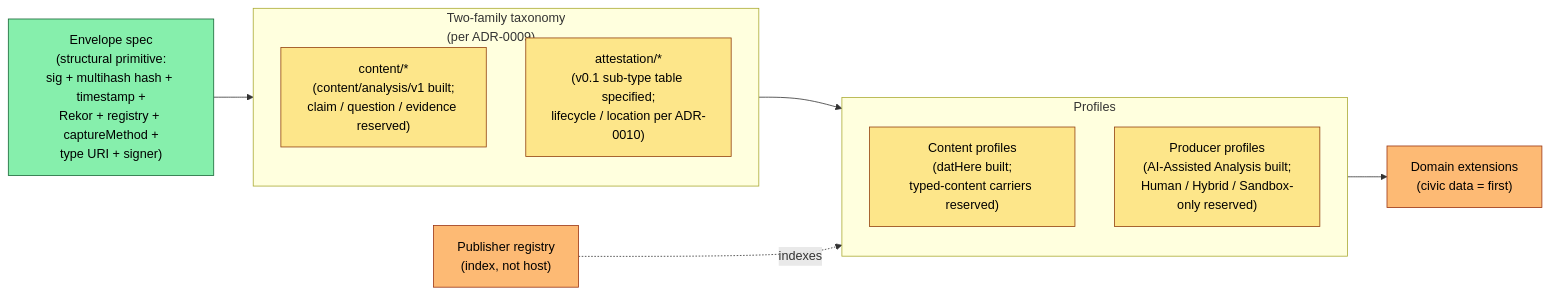
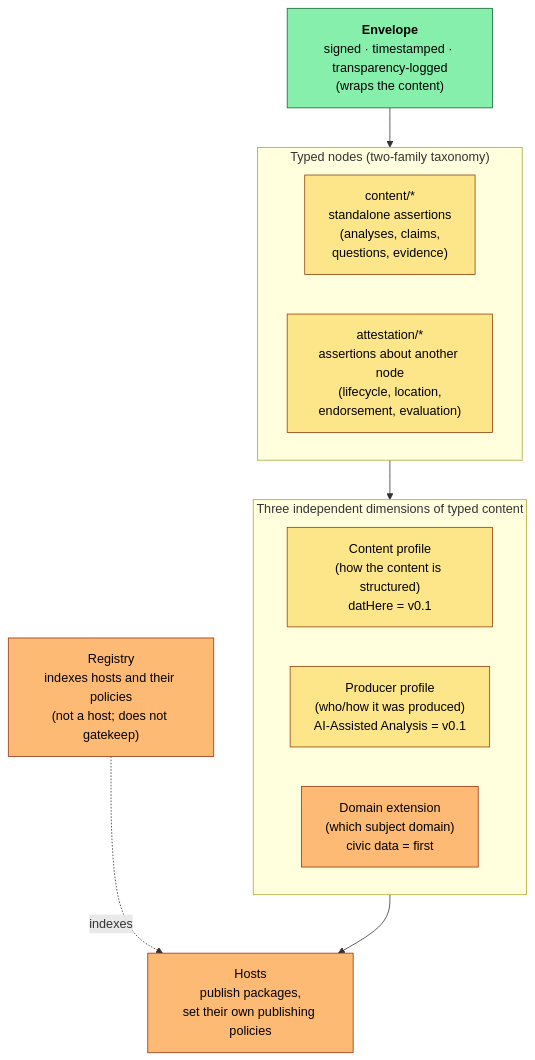
One commit to npstorey/civic-ai-tools changed the diagram in docs/architecture/typed-standards-summary.md. Above: the diagram before and after it, drawn with Mermaid. The commit also changed other lines of this file and 1 other file, not shown here.

````diff
--- a/docs/architecture/typed-standards-summary.md
+++ b/docs/architecture/typed-standards-summary.md
@@ -49,28 +49,29 @@
 ```mermaid
-flowchart LR
-    ENV["Envelope spec<br/>(structural primitive:<br/>sig + multihash hash + timestamp +<br/>Rekor + registry + captureMethod +<br/>type URI + signer)"]:::built
+flowchart TB
+    ENV["<b>Envelope</b><br/>signed · timestamped · transparency-logged<br/>(wraps the content)"]:::built
 
-    subgraph TYPED["Two-family taxonomy<br/>(per ADR-0009)"]
-        direction TB
-        CONTENT["content/*<br/>(content/analysis/v1 built;<br/>claim / question / evidence reserved)"]:::partial
-        ATTEST["attestation/*<br/>(v0.1 sub-type table specified;<br/>lifecycle / location per ADR-0010)"]:::partial
+    subgraph TYPED["Typed nodes (two-family taxonomy)"]
+        direction LR
+        CONTENT["content/*<br/>standalone assertions<br/>(analyses, claims,<br/>questions, evidence)"]:::partial
+        ATTEST["attestation/*<br/>assertions about another node<br/>(lifecycle, location,<br/>endorsement, evaluation)"]:::partial
     end
 
-    subgraph PROF["Profiles"]
-        direction TB
-        CP["Content profiles<br/>(datHere built;<br/>typed-content carriers reserved)"]:::partial
-        PP["Producer profiles<br/>(AI-Assisted Analysis built;<br/>Human / Hybrid / Sandbox-only reserved)"]:::partial
+    subgraph DIMS["Three independent dimensions of typed content"]
+        direction LR
+        CP["Content profile<br/>(how the content is structured)<br/>datHere = v0.1"]:::partial
+        PP["Producer profile<br/>(who/how it was produced)<br/>AI-Assisted Analysis = v0.1"]:::partial
+        DX["Domain extension<br/>(which subject domain)<br/>civic data = first"]:::reserved
     end
 
-    DX["Domain extensions<br/>(civic data = first)"]:::reserved
-    REG["Publisher registry<br/>(index, not host)"]:::reserved
+    HOST["Hosts<br/>publish packages,<br/>set their own publishing policies"]:::reserved
+    REG["Registry<br/>indexes hosts and their policies<br/>(not a host; does not gatekeep)"]:::reserved
 
     ENV --> TYPED
-    TYPED --> PROF
-    PROF --> DX
-    REG -.indexes.-> PROF
+    TYPED --> DIMS
+    DIMS --> HOST
+    REG -.indexes.-> HOST
 
     classDef built fill:#86efac,stroke:#166534,color:#000
     classDef partial fill:#fde68a,stroke:#92400e,color:#000
     classDef reserved fill:#fdba74,stroke:#9a3412,color:#000
 ```
````
